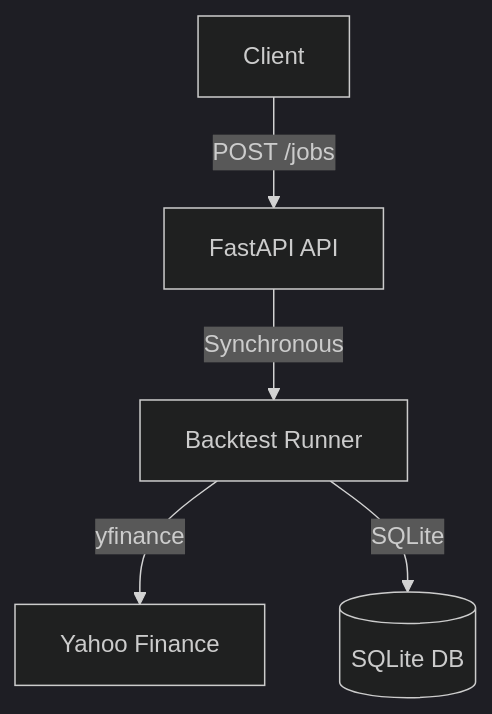
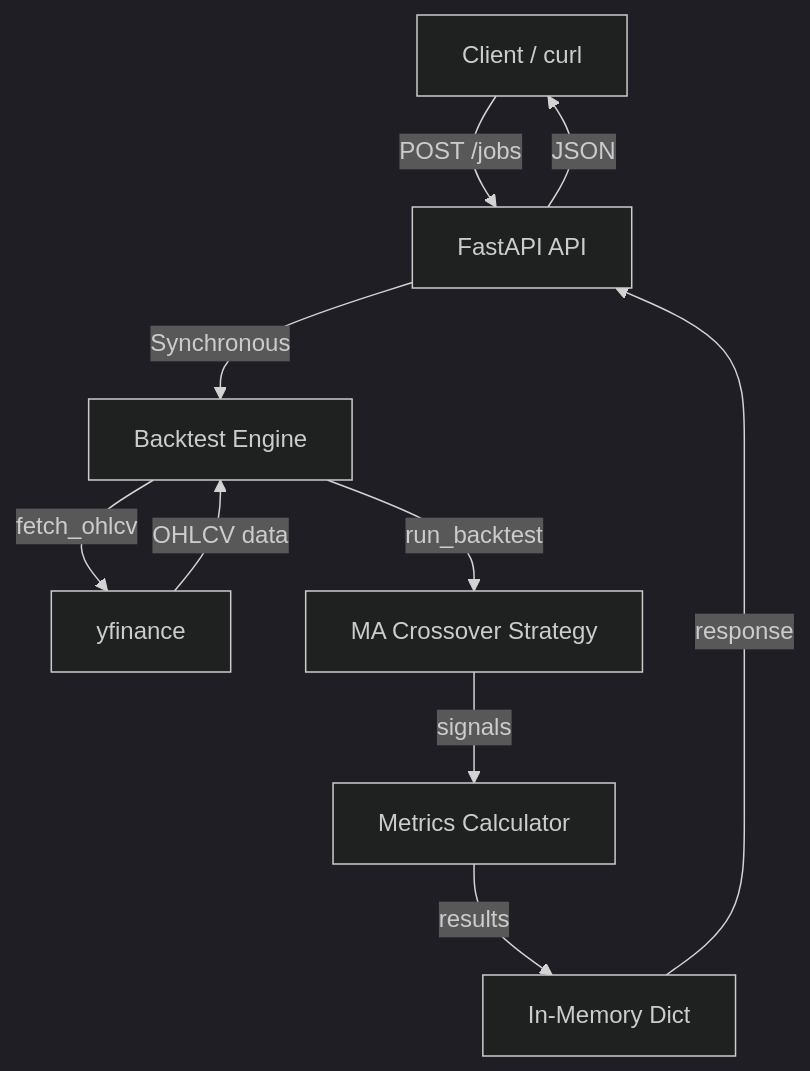
Before and after one commit to Thinh-nguyen-03/backgrid: the first of 3 diagrams in docs/ARCHITECTURE.md, drawn with Mermaid (dark theme). The commit also changed other lines of this file and 2 other files, not shown here.

````diff
--- a/docs/ARCHITECTURE.md
+++ b/docs/ARCHITECTURE.md
@@ -11,7 +13,12 @@
 ```mermaid
 graph TD
-    A[Client] -->|POST /jobs| B[FastAPI API]
-    B -->|Synchronous| C[Backtest Runner]
-    C -->|yfinance| D[Yahoo Finance]
-    C -->|SQLite| E[(SQLite DB)]
+    A[Client / curl] -->|POST /jobs| B[FastAPI API]
+    B -->|Synchronous| C[Backtest Engine]
+    C -->|fetch_ohlcv| D[yfinance]
+    D -->|OHLCV data| C
+    C -->|run_backtest| E[MA Crossover Strategy]
+    E -->|signals| F[Metrics Calculator]
+    F -->|results| G[In-Memory Dict]
+    G -->|response| B
+    B -->|JSON| A
 ```
````
